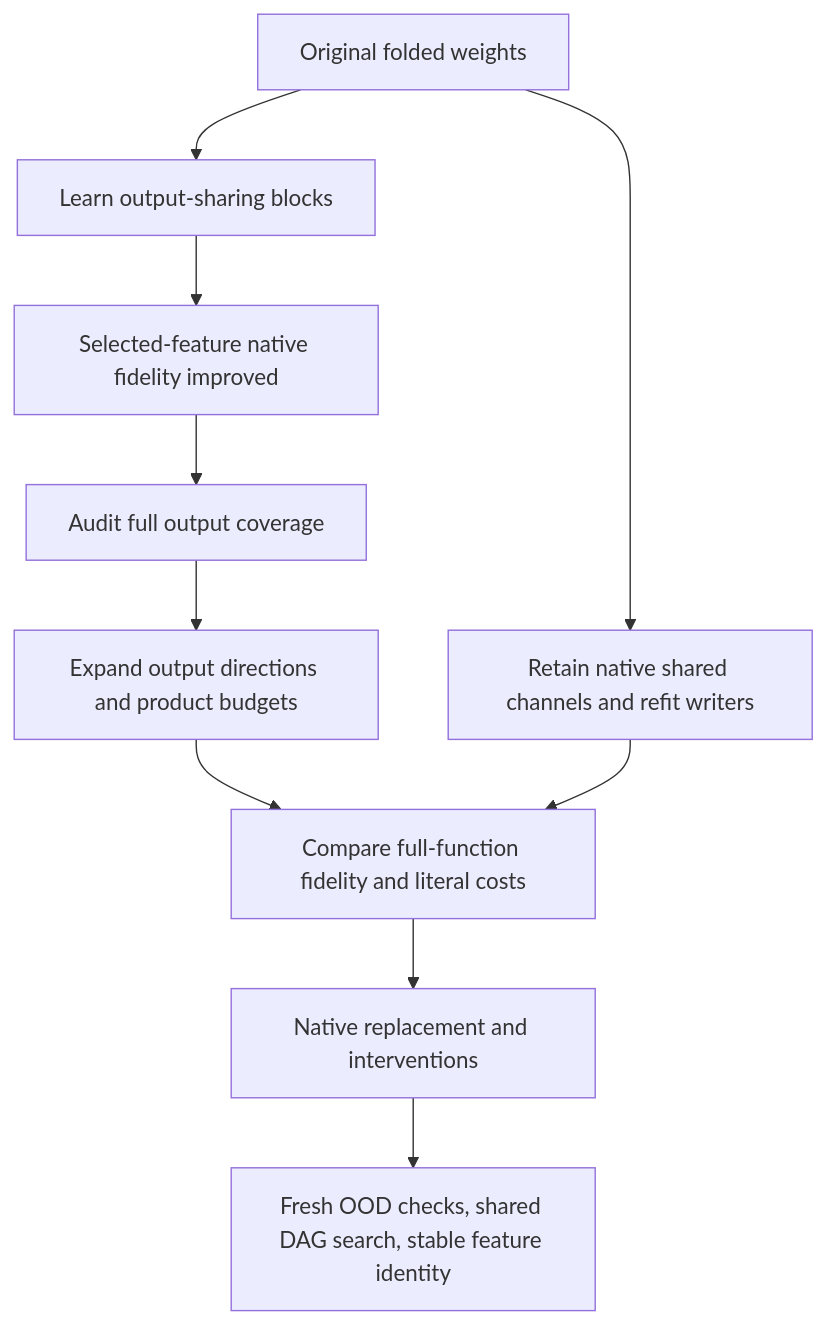
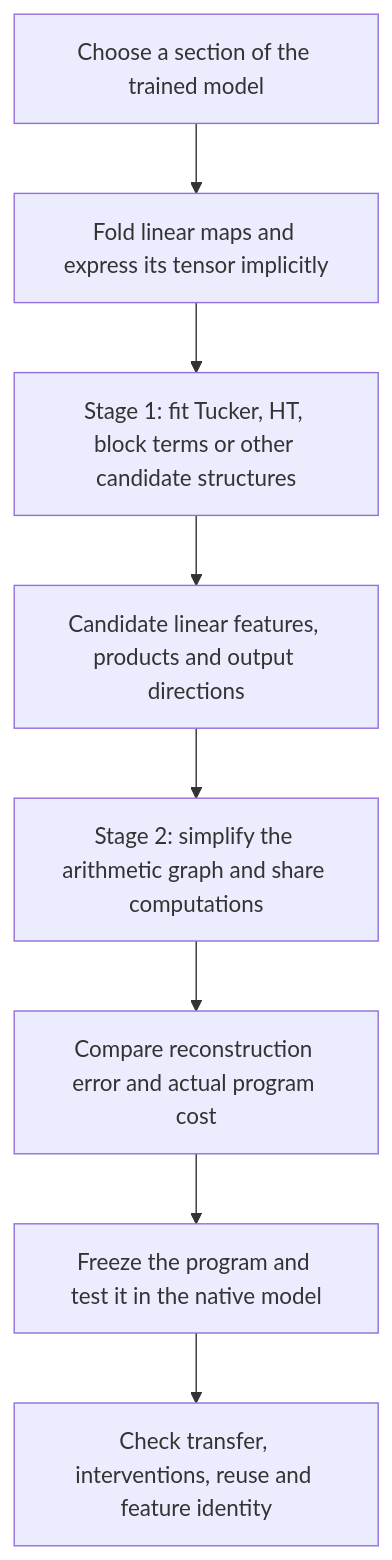
The first of 2 diagrams in basis_aligned/polynomial_causal/explanations/for_logan/research_update_2026-09-21_0104_full_coverage_and_shared_baselines.md (loganriggs/tensor_language), drawn with Mermaid before and after one commit. The commit also changed other lines of this file and 11 other files, not shown here.

Commit message:
Rewrite overall folding review around decomposition and arithmetic graph stages

````diff
--- a/basis_aligned/polynomial_causal/explanations/for_logan/research_update_2026-09-21_0104_full_coverage_and_shared_baselines.md
+++ b/basis_aligned/polynomial_causal/explanations/for_logan/research_update_2026-09-21_0104_full_coverage_and_shared_baselines.md
@@ -99,12 +21,10 @@
 ```mermaid
 flowchart TD
- A[Original folded weights] --> B[Learn output-sharing blocks]
- B --> C[Selected-feature native fidelity improved]
- C --> D[Audit full output coverage]
- D --> E[Expand output directions and product budgets]
- A --> F[Retain native shared channels and refit writers]
- E --> G[Compare full-function fidelity and literal costs]
- F --> G
- G --> H[Native replacement and interventions]
- H --> I[Fresh OOD checks, shared DAG search, stable feature identity]
+ A[Choose a section of the trained model] --> B[Fold linear maps and express its tensor implicitly]
+ B --> C[Stage 1: fit Tucker, HT, block terms or other candidate structures]
+ C --> D[Candidate linear features, products and output directions]
+ D --> E[Stage 2: simplify the arithmetic graph and share computations]
+ E --> F[Compare reconstruction error and actual program cost]
+ F --> G[Freeze the program and test it in the native model]
+ G --> H[Check transfer, interventions, reuse and feature identity]
 ```
````
